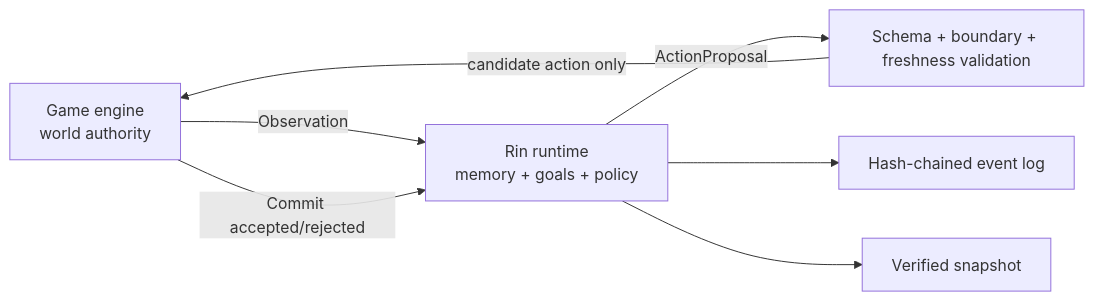
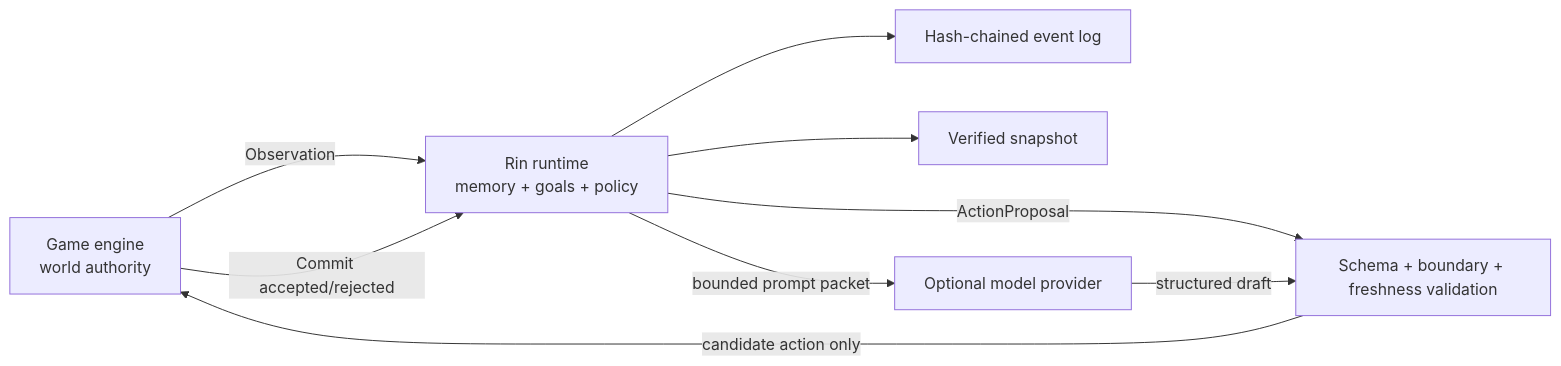
The diagram in docs/architecture.md (sunrioa/rin), drawn with Mermaid before and after one commit. The commit also changed other lines of this file and 30 other files, not shown here.

````diff
--- a/docs/architecture.md
+++ b/docs/architecture.md
@@ -5,9 +5,11 @@
 ```mermaid
 flowchart LR
     G["Game engine\nworld authority"] -->|Observation| R["Rin runtime\nmemory + goals + policy"]
     R -->|ActionProposal| V["Schema + boundary + freshness validation"]
     V -->|candidate action only| G
     G -->|Commit accepted/rejected| R
     R --> E["Hash-chained event log"]
     R --> S["Verified snapshot"]
+    R -->|"bounded prompt packet"| P["Optional model provider"]
+    P -->|"structured draft"| V
 ```
````
